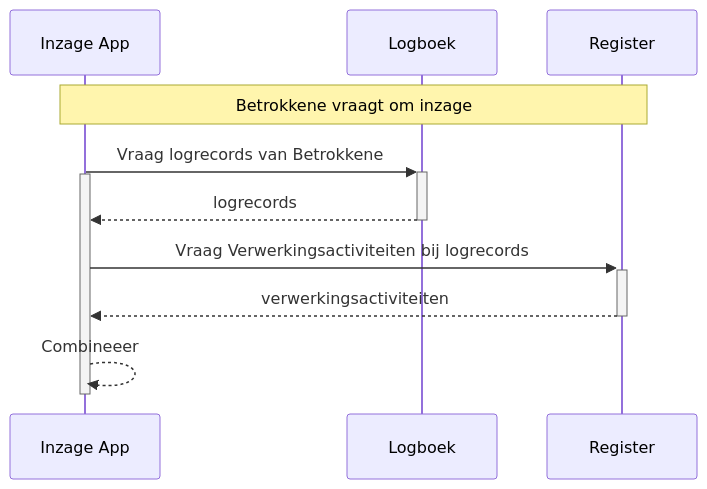
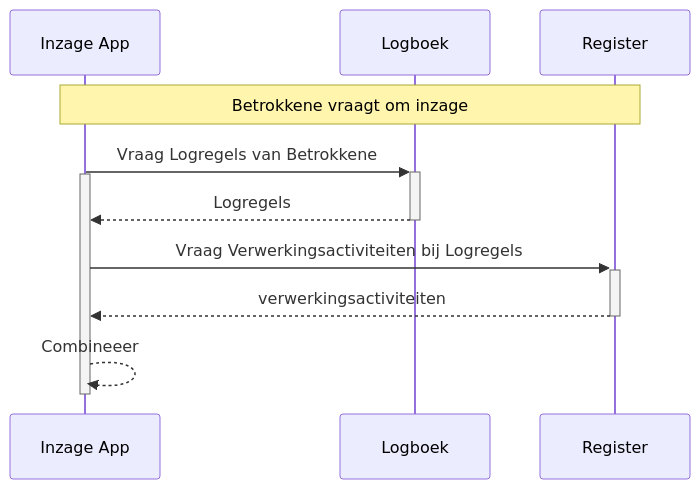
Before and after one commit to Logius-standaarden/publicatie: the second of 2 diagrams in api/logboek_algemeen/0.1.0/docs/besluiten/xxxx-logregels-bevatten-geen-gegevens-die-al-vastliggen-in-een-register.md, drawn with Mermaid. The commit also changed other lines of this file and 15 other files, not shown here.

````diff
--- a/api/logboek_algemeen/0.1.0/docs/besluiten/xxxx-logregels-bevatten-geen-gegevens-die-al-vastliggen-in-een-register.md
+++ b/api/logboek_algemeen/0.1.0/docs/besluiten/xxxx-logregels-bevatten-geen-gegevens-die-al-vastliggen-in-een-register.md
@@ -60,14 +60,14 @@
 ```mermaid
 sequenceDiagram
     participant F as Inzage App
     participant L as Logboek
     participant R as Register
     Note over F, R: Betrokkene vraagt om inzage
-    F->>+L: Vraag logrecords van Betrokkene
+    F->>+L: Vraag Logregels van Betrokkene
     Activate F
-    L-->>-F: logrecords
-    F->>+R: Vraag Verwerkingsactiviteiten bij logrecords
+    L-->>-F: Logregels
+    F->>+R: Vraag Verwerkingsactiviteiten bij Logregels
     R-->>-F: verwerkingsactiviteiten
     F-->>F: Combineeer
     Deactivate F
 ```
````
